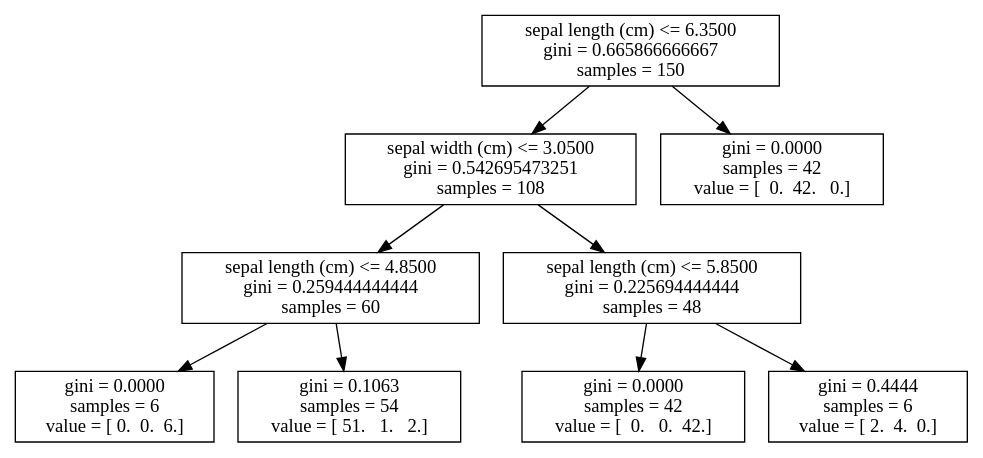
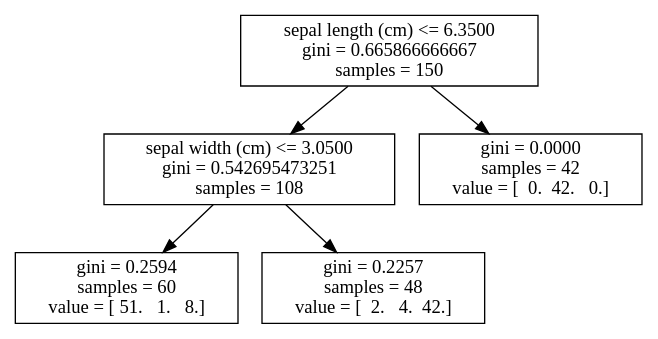
Before and after one commit to podopie/DAT18NYC: the diagram in classes/iris_clusters.dot, drawn with Graphviz. The commit also changed 3 other files, not shown here.

```diff
--- a/classes/iris_clusters.dot
+++ b/classes/iris_clusters.dot
@@ -1,19 +1,11 @@
 digraph Tree {
 0 [label="sepal length (cm) <= 6.3500\ngini = 0.665866666667\nsamples = 150", shape="box"] ;
 1 [label="sepal width (cm) <= 3.0500\ngini = 0.542695473251\nsamples = 108", shape="box"] ;
 0 -> 1 ;
-2 [label="sepal length (cm) <= 4.8500\ngini = 0.259444444444\nsamples = 60", shape="box"] ;
+2 [label="gini = 0.2594\nsamples = 60\nvalue = [ 51.   1.   8.]", shape="box"] ;
 1 -> 2 ;
-3 [label="gini = 0.0000\nsamples = 6\nvalue = [ 0.  0.  6.]", shape="box"] ;
-2 -> 3 ;
-4 [label="gini = 0.1063\nsamples = 54\nvalue = [ 51.   1.   2.]", shape="box"] ;
-2 -> 4 ;
-5 [label="sepal length (cm) <= 5.8500\ngini = 0.225694444444\nsamples = 48", shape="box"] ;
-1 -> 5 ;
-6 [label="gini = 0.0000\nsamples = 42\nvalue = [  0.   0.  42.]", shape="box"] ;
-5 -> 6 ;
-7 [label="gini = 0.4444\nsamples = 6\nvalue = [ 2.  4.  0.]", shape="box"] ;
-5 -> 7 ;
-8 [label="gini = 0.0000\nsamples = 42\nvalue = [  0.  42.   0.]", shape="box"] ;
-0 -> 8 ;
+3 [label="gini = 0.2257\nsamples = 48\nvalue = [  2.   4.  42.]", shape="box"] ;
+1 -> 3 ;
+4 [label="gini = 0.0000\nsamples = 42\nvalue = [  0.  42.   0.]", shape="box"] ;
+0 -> 4 ;
 }
```
